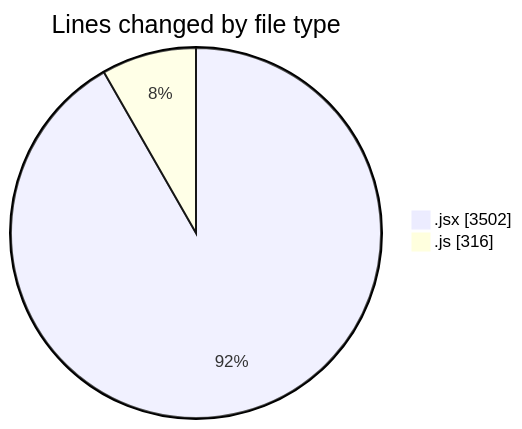
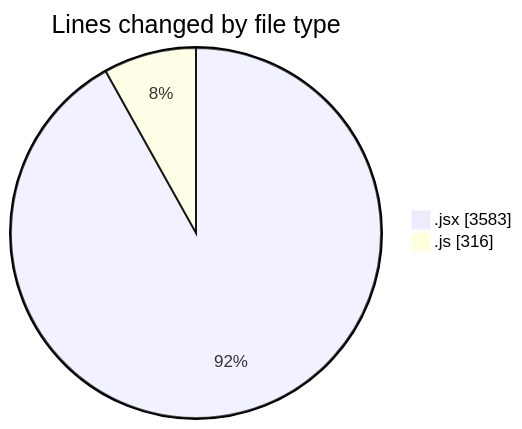
The first of 2 diagrams in 2025-07-13/argos/README.md (nxtqubesakshisongat/code-tracking), drawn with Mermaid before and after one commit. The commit also changed other lines of this file and 1 other file, not shown here.

````diff
--- a/2025-07-13/argos/README.md
+++ b/2025-07-13/argos/README.md
@@ -22,6 +22,6 @@
 ```mermaid
 pie showData
 title Lines changed by file type
-".jsx" : 3502
+".jsx" : 3583
 ".js" : 316
 ```
````
